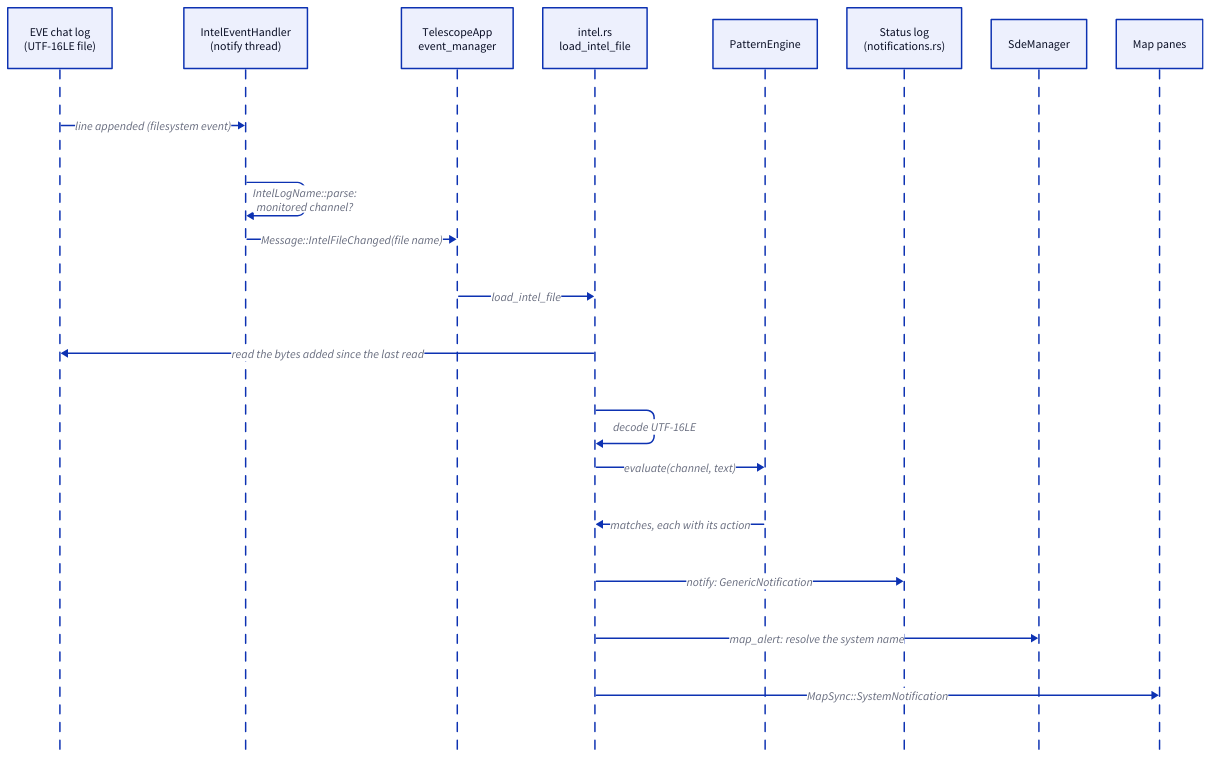
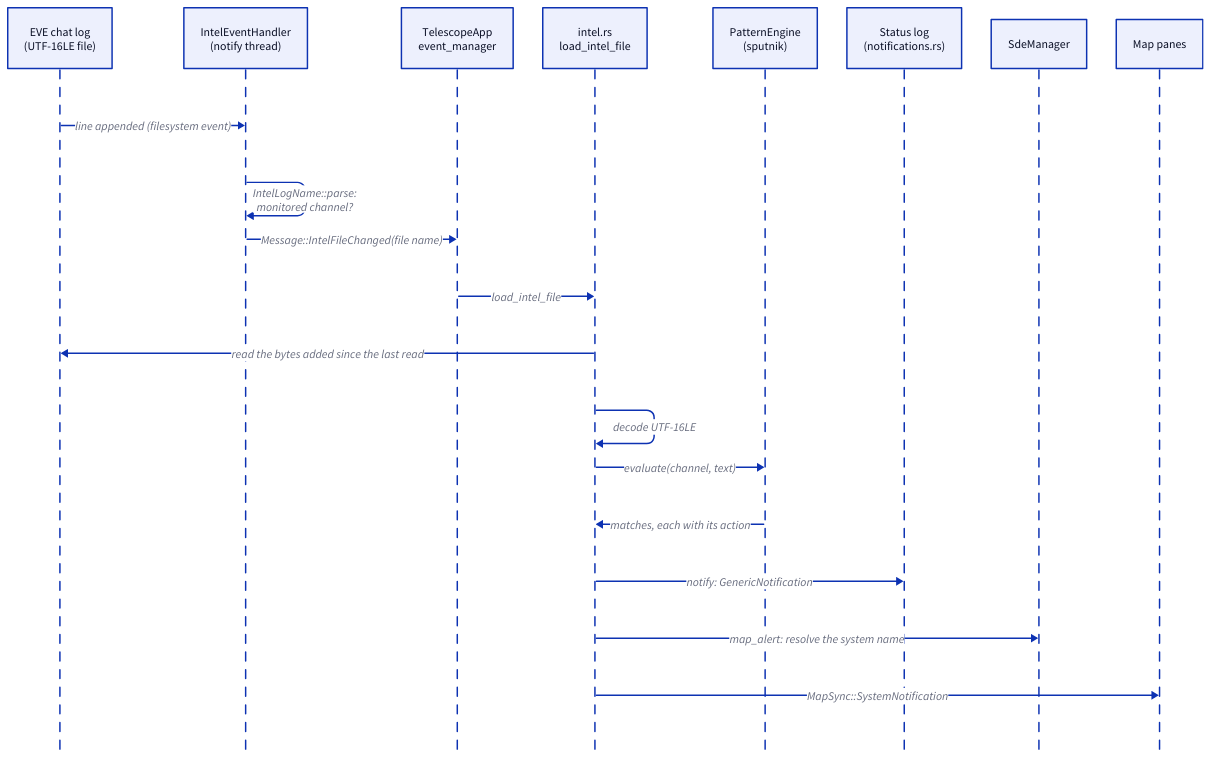
One commit to rafaga/telescope changed the diagram in docs/architecture/flow-intel.d2. Above: the diagram before and after it, drawn with D2. The commit also changed 8 other files, not shown here.

```diff
--- a/docs/architecture/flow-intel.d2
+++ b/docs/architecture/flow-intel.d2
@@ -1,22 +1,22 @@
 shape: sequence_diagram
 
 log: "EVE chat log\n(UTF-16LE file)"
 watcher: "IntelEventHandler\n(notify thread)"
 app: "TelescopeApp\nevent_manager"
 intel: "intel.rs\nload_intel_file"
-engine: "PatternEngine"
+engine: "PatternEngine\n(sputnik)"
 status: "Status log\n(notifications.rs)"
 sde: "SdeManager"
 maps: "Map panes"
 
 log -> watcher: "line appended (filesystem event)"
 watcher -> watcher: "IntelLogName::parse:\nmonitored channel?"
 watcher -> app: "Message::IntelFileChanged(file name)"
 app -> intel: "load_intel_file"
 intel -> log: "read the bytes added since the last read"
 intel -> intel: "decode UTF-16LE"
 intel -> engine: "evaluate(channel, text)"
 engine -> intel: "matches, each with its action"
 intel -> status: "notify: GenericNotification"
 intel -> sde: "map_alert: resolve the system name"
 intel -> maps: "MapSync::SystemNotification"
```
